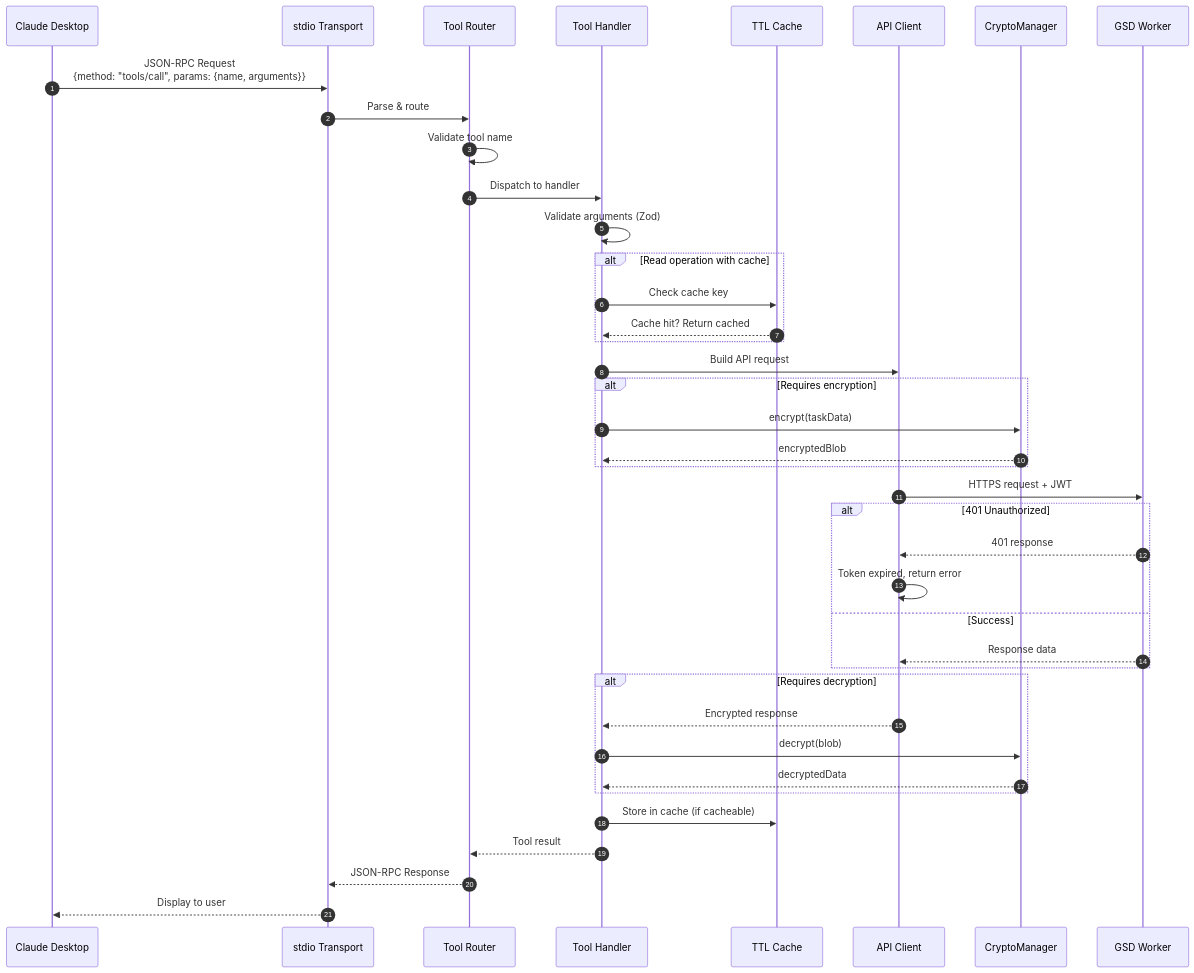
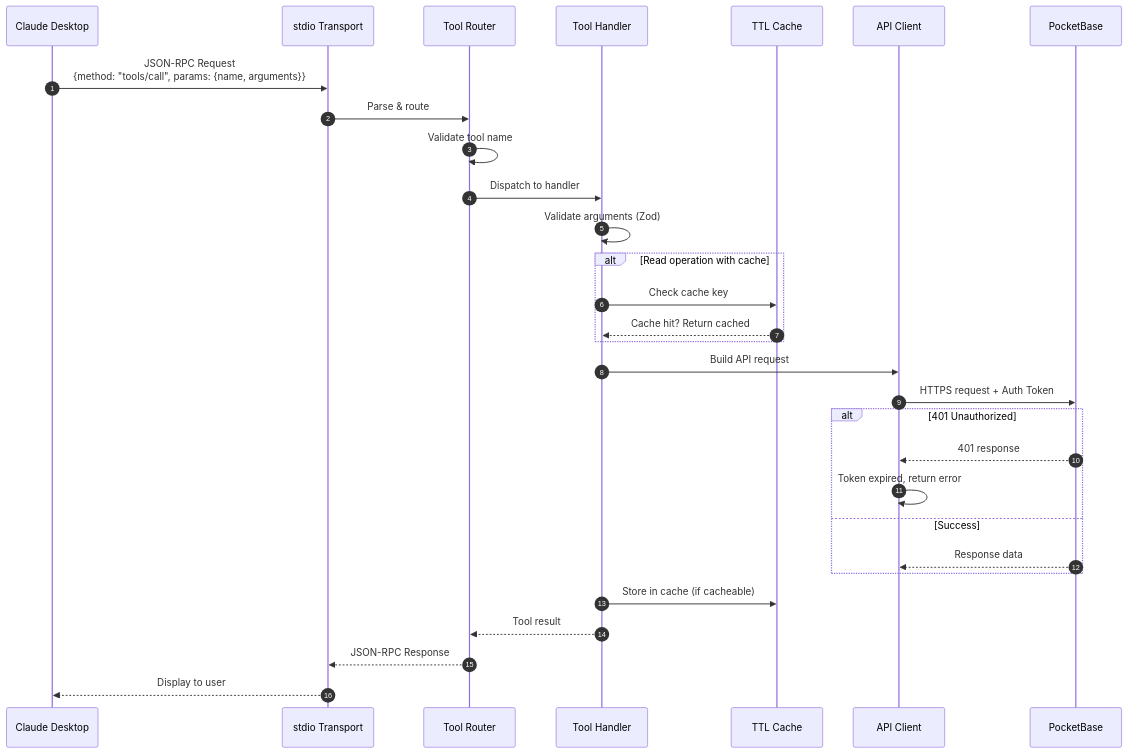
The third of 14 diagrams in MCP_ARCHITECTURE.md (vscarpenter/gsd-task-manager), drawn with Mermaid before and after one commit. The commit also changed other lines of this file and 34 other files, not shown here.

Commit message:
chore: remove stale Cloudflare/Supabase references after PocketBase migration (#150)

````diff
--- a/MCP_ARCHITECTURE.md
+++ b/MCP_ARCHITECTURE.md
@@ -112,54 +105,42 @@
 ```mermaid
 sequenceDiagram
     autonumber
     participant Claude as Claude Desktop
     participant Transport as stdio Transport
     participant Router as Tool Router
     participant Handler as Tool Handler
     participant Cache as TTL Cache
     participant API as API Client
-    participant Crypto as CryptoManager
-    participant Worker as GSD Worker
+    participant PB as PocketBase
 
     Claude->>Transport: JSON-RPC Request<br/>{method: "tools/call", params: {name, arguments}}
 
     Transport->>Router: Parse & route
 
     Router->>Router: Validate tool name
     Router->>Handler: Dispatch to handler
 
     Handler->>Handler: Validate arguments (Zod)
 
     alt Read operation with cache
         Handler->>Cache: Check cache key
         Cache-->>Handler: Cache hit? Return cached
     end
 
     Handler->>API: Build API request
 
-    alt Requires encryption
-        Handler->>Crypto: encrypt(taskData)
-        Crypto-->>Handler: encryptedBlob
-    end
-
-    API->>Worker: HTTPS request + JWT
+    API->>PB: HTTPS request + Auth Token
 
     alt 401 Unauthorized
-        Worker-->>API: 401 response
+        PB-->>API: 401 response
         API->>API: Token expired, return error
     else Success
-        Worker-->>API: Response data
-    end
-
-    alt Requires decryption
-        API-->>Handler: Encrypted response
-        Handler->>Crypto: decrypt(blob)
-        Crypto-->>Handler: decryptedData
+        PB-->>API: Response data
     end
 
     Handler->>Cache: Store in cache (if cacheable)
 
     Handler-->>Router: Tool result
     Router-->>Transport: JSON-RPC Response
     Transport-->>Claude: Display to user
 ```
````
